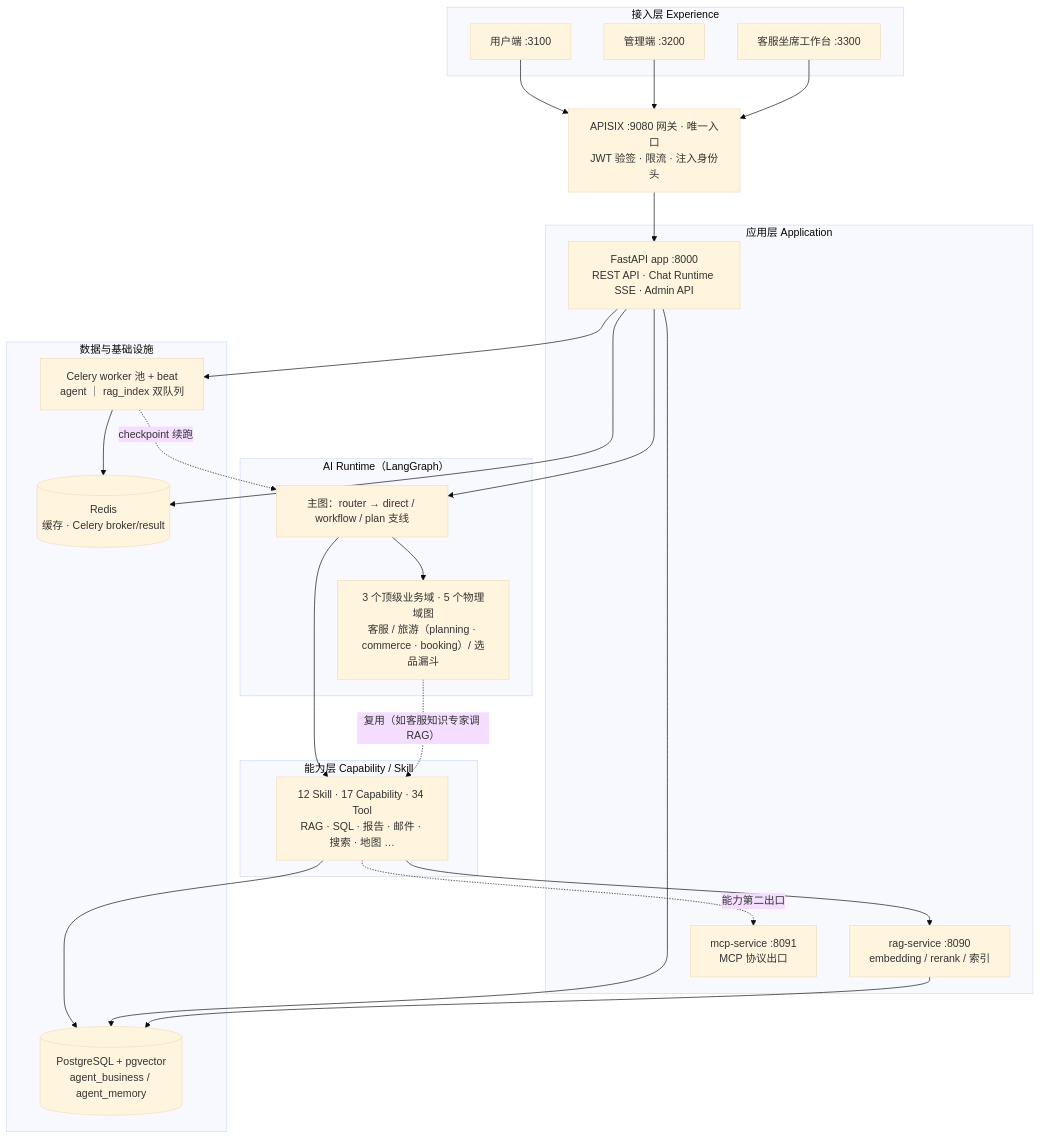
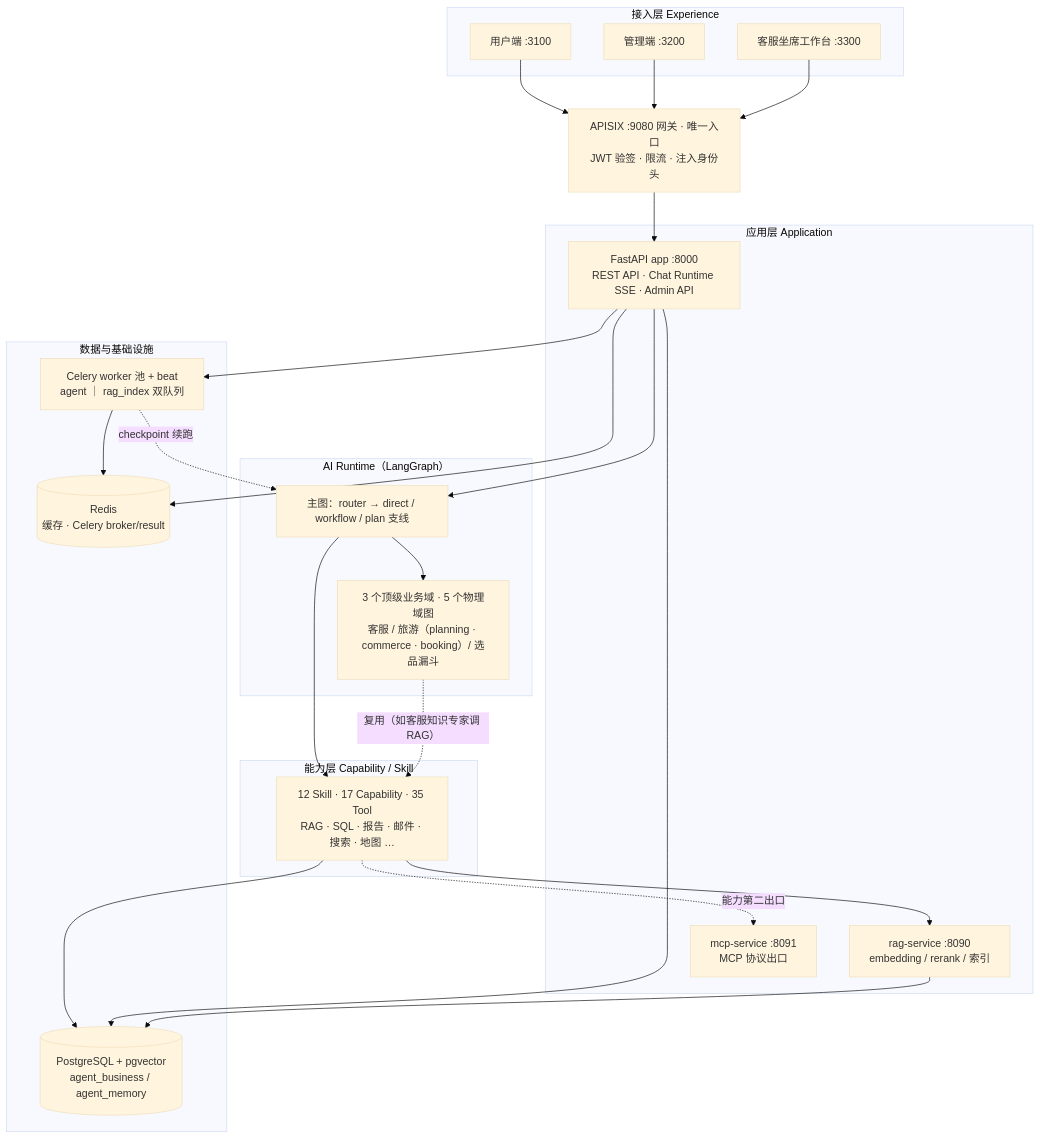
One commit to Jayus-07/agent changed the first of 3 diagrams in README.md. Above: the diagram before and after it, drawn with Mermaid (base theme). The commit also changed other lines of this file and 13 other files, not shown here.

````diff
--- a/README.md
+++ b/README.md
@@ -21,49 +21,49 @@
 ```mermaid
 flowchart TB
     subgraph EXP["接入层 Experience"]
         WEB["用户端 :3100"]
         ADM["管理端 :3200"]
         CSW["客服坐席工作台 :3300"]
     end
 
     GW["APISIX :9080 网关 · 唯一入口<br/>JWT 验签 · 限流 · 注入身份头"]
 
     subgraph APPL["应用层 Application"]
         APP["FastAPI app :8000<br/>REST API · Chat Runtime SSE · Admin API"]
         RAGS["rag-service :8090<br/>embedding / rerank / 索引"]
         MCPS["mcp-service :8091<br/>MCP 协议出口"]
     end
 
     subgraph AIRT["AI Runtime（LangGraph）"]
         MAIN["主图：router → direct / workflow / plan 支线"]
         DOM["3 个顶级业务域 · 5 个物理域图<br/>客服 / 旅游（planning · commerce · booking）/ 选品漏斗"]
     end
 
     subgraph CAPL["能力层 Capability / Skill"]
-        SK["12 Skill · 17 Capability · 34 Tool<br/>RAG · SQL · 报告 · 邮件 · 搜索 · 地图 …"]
+        SK["12 Skill · 17 Capability · 35 Tool<br/>RAG · SQL · 报告 · 邮件 · 搜索 · 地图 …"]
     end
 
     subgraph INFRA["数据与基础设施"]
         PG[("PostgreSQL + pgvector<br/>agent_business / agent_memory")]
         RD[("Redis<br/>缓存 · Celery broker/result")]
         CEL["Celery worker 池 + beat<br/>agent ｜ rag_index 双队列"]
     end
 
     WEB --> GW
     ADM --> GW
     CSW --> GW
     GW --> APP
     APP --> MAIN
     MAIN --> DOM
     MAIN --> SK
     DOM -.->|"复用（如客服知识专家调 RAG）"| SK
     SK --> RAGS
     SK --> PG
     APP --> CEL
     APP --> PG
     APP --> RD
     CEL --> RD
     RAGS --> PG
     SK -.->|"能力第二出口"| MCPS
     CEL -.->|"checkpoint 续跑"| MAIN
 ```
````
